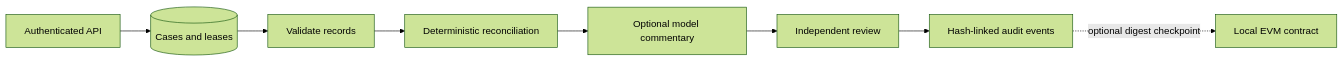
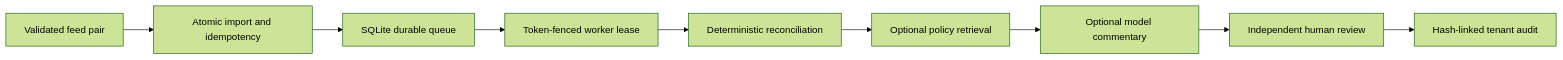
One commit to christianwhollar/trade-exception-desk changed the diagram in README.md. Above: the diagram before and after it, drawn with Mermaid (forest theme). The commit also changed other lines of this file and 32 other files, not shown here.

First line of the commit message:
Build the trade operations workbench and verify recovery and review flows

````diff
--- a/README.md
+++ b/README.md
@@ -25,10 +33,11 @@
 ```mermaid
 flowchart LR
-    API[Authenticated API] --> DB[(Cases and leases)]
-    DB --> Validate[Validate records]
-    Validate --> Reconcile[Deterministic reconciliation]
-    Reconcile --> Narrative[Optional model commentary]
-    Narrative --> Gate[Independent review]
-    Gate --> Audit[Hash-linked audit events]
-    Audit -. optional digest checkpoint .-> EVM[Local EVM contract]
+  CSV[Validated feed pair] --> TX[Atomic import and idempotency]
+  TX --> Queue[SQLite durable queue]
+  Queue --> Lease[Token-fenced worker lease]
+  Lease --> Checks[Deterministic reconciliation]
+  Checks --> Policy[Optional policy retrieval]
+  Policy --> Draft[Optional model commentary]
+  Draft --> Review[Independent human review]
+  Review --> Audit[Hash-linked tenant audit]
 ```
````
